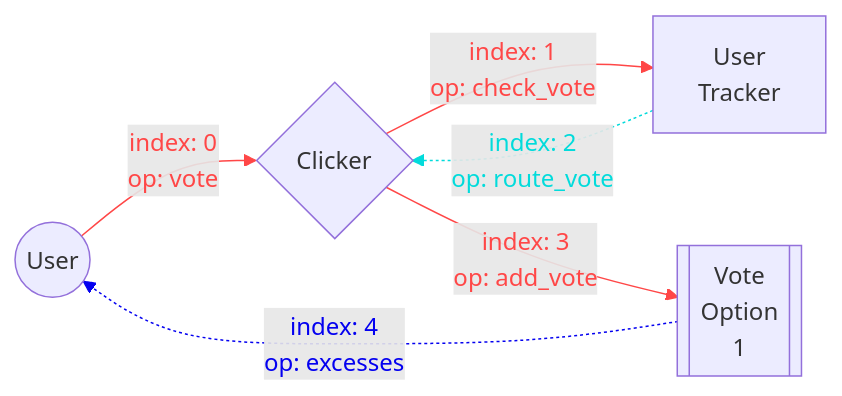
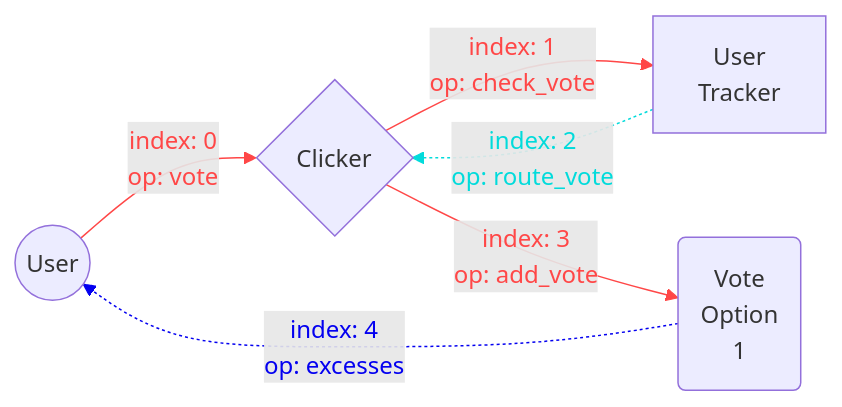
Before and after one commit to sikvelsigma/ton-template: the sixth of 7 diagrams in docs/task.md, drawn with Mermaid. The commit also changed other lines of this file and 2 other files, not shown here.

````diff
--- a/docs/task.md
+++ b/docs/task.md
@@ -150,20 +150,20 @@
 ```mermaid
 flowchart LR
 	A0(("User"))
 	A1{"Clicker"}
 	A2["User<br/>Tracker"]
-	A3[["Vote<br/>Option<br/>1"]]
+	A3("Vote<br/>Option<br/>1")
 
 	A0 --> |index: 0<br/>op: vote|A1
 	A1 --> |index: 1<br/>op: check_vote|A2
 	A2 -.-> |index: 2<br/>op: route_vote|A1
 	A1 --> |index: 3<br/>op: add_vote|A3
     A3 -.-> |index: 4<br/>op: excesses|A0
 
 	linkStyle 0 stroke:#ff4747,color:#ff4747
 	linkStyle 1 stroke:#ff4747,color:#ff4747
 	linkStyle 2 stroke:#02dbdb,color:#02dbdb
 	linkStyle 3 stroke:#ff4747,color:#ff4747
 	linkStyle 4 stroke:#0400f0,color:#0400f0
 
 ```
````
